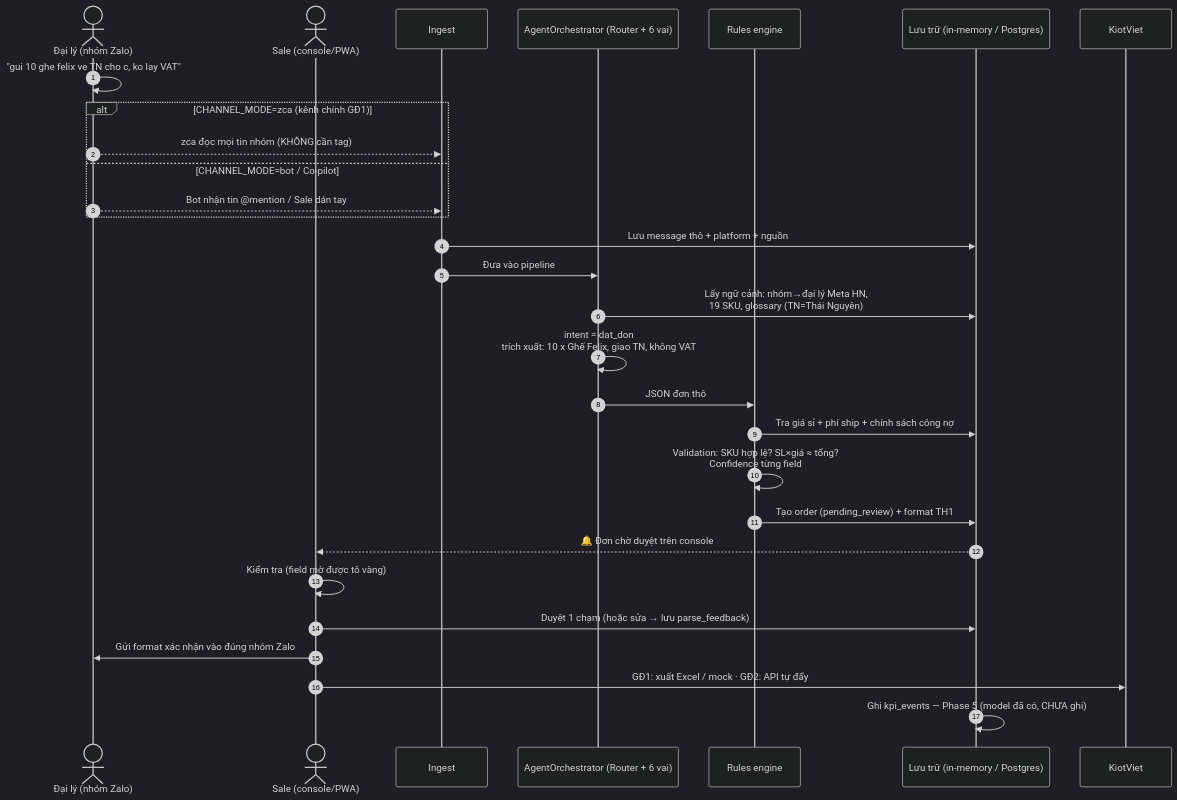
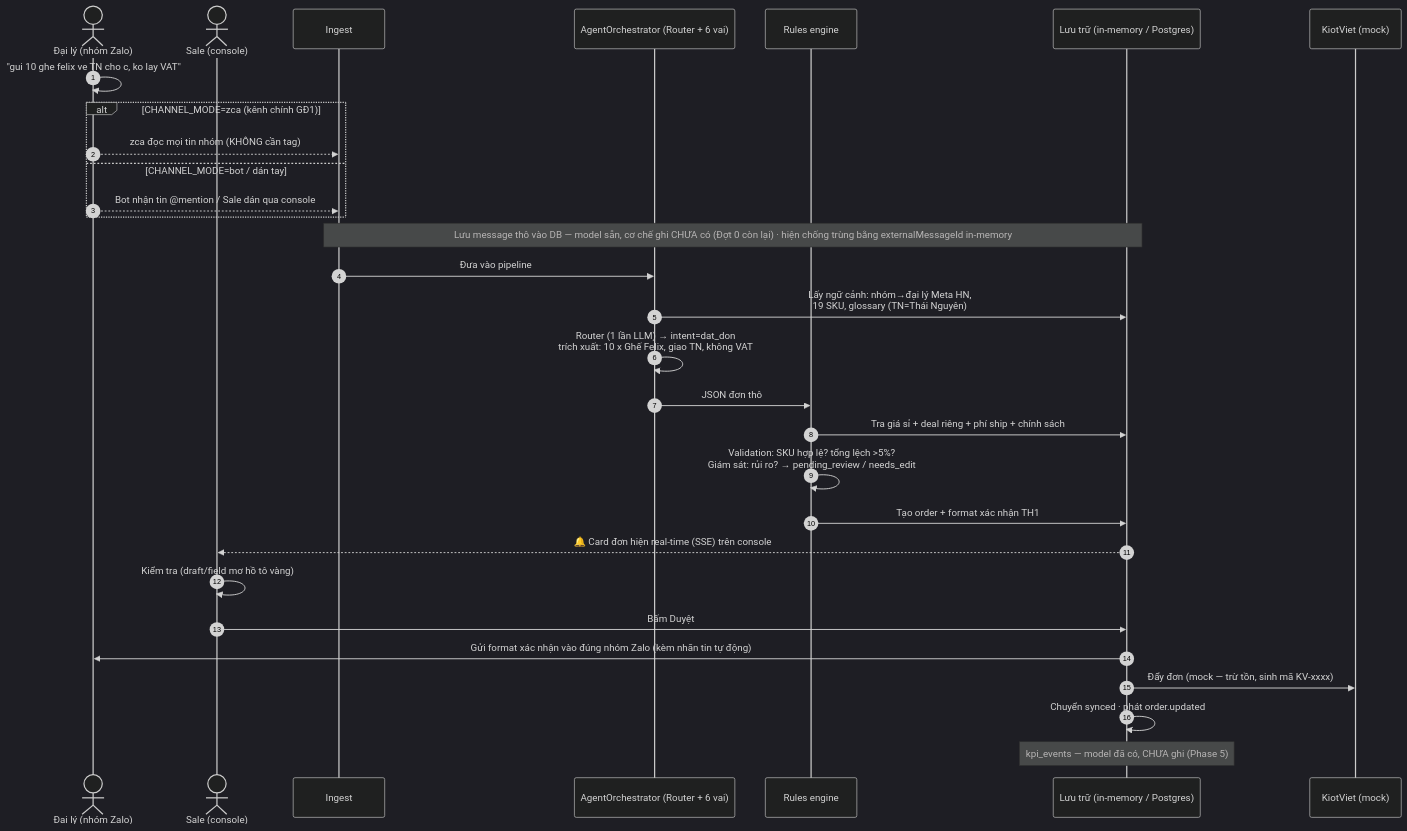
One commit to phungtienviet14-sketch/nexagnet-platform changed the fourth of 12 diagrams in docs/so-do-he-thong.md. Above: the diagram before and after it, drawn with Mermaid (dark theme). The commit also changed other lines of this file and 17 other files, not shown here.

````diff
--- a/docs/so-do-he-thong.md
+++ b/docs/so-do-he-thong.md
@@ -104,34 +190,35 @@
 ```mermaid
 sequenceDiagram
     autonumber
     actor DL as Đại lý (nhóm Zalo)
-    actor S as Sale (console/PWA)
+    actor S as Sale (console)
     participant IN as Ingest
     participant AI as AgentOrchestrator (Router + 6 vai)
     participant RU as Rules engine
     participant ST as Lưu trữ (in-memory / Postgres)
-    participant KV as KiotViet
+    participant KV as KiotViet (mock)
 
     DL->>DL: "gui 10 ghe felix ve TN cho c, ko lay VAT"
 
     alt CHANNEL_MODE=zca (kênh chính GĐ1)
         DL-->>IN: zca đọc mọi tin nhóm (KHÔNG cần tag)
-    else CHANNEL_MODE=bot / Co-pilot
-        DL-->>IN: Bot nhận tin @mention / Sale dán tay
+    else CHANNEL_MODE=bot / dán tay
+        DL-->>IN: Bot nhận tin @mention / Sale dán qua console
     end
 
-    IN->>ST: Lưu message thô + platform + nguồn
+    Note over IN,ST: Lưu message thô vào DB — model sẵn, cơ chế ghi CHƯA có (Đợt 0 còn lại) · hiện chống trùng bằng externalMessageId in-memory
     IN->>AI: Đưa vào pipeline
     AI->>ST: Lấy ngữ cảnh: nhóm→đại lý Meta HN,<br/>19 SKU, glossary (TN=Thái Nguyên)
-    AI->>AI: intent = dat_don<br/>trích xuất: 10 x Ghế Felix, giao TN, không VAT
+    AI->>AI: Router (1 lần LLM) → intent=dat_don<br/>trích xuất: 10 x Ghế Felix, giao TN, không VAT
     AI->>RU: JSON đơn thô
-    RU->>ST: Tra giá sỉ + phí ship + chính sách công nợ
-    RU->>RU: Validation: SKU hợp lệ? SL×giá ≈ tổng?<br/>Confidence từng field
-    RU->>ST: Tạo order (pending_review) + format TH1
-    ST-->>S: 🔔 Đơn chờ duyệt trên console
-    S->>S: Kiểm tra (field mờ được tô vàng)
-    S->>ST: Duyệt 1 chạm (hoặc sửa → lưu parse_feedback)
-    S->>DL: Gửi format xác nhận vào đúng nhóm Zalo
-    S->>KV: GĐ1: xuất Excel / mock · GĐ2: API tự đẩy
-    ST->>ST: Ghi kpi_events — Phase 5 (model đã có, CHƯA ghi)
+    RU->>ST: Tra giá sỉ + deal riêng + phí ship + chính sách
+    RU->>RU: Validation: SKU hợp lệ? tổng lệch >5%?<br/>Giám sát: rủi ro? → pending_review / needs_edit
+    RU->>ST: Tạo order + format xác nhận TH1
+    ST-->>S: 🔔 Card đơn hiện real-time (SSE) trên console
+    S->>S: Kiểm tra (draft/field mơ hồ tô vàng)
+    S->>ST: Bấm Duyệt
+    ST->>DL: Gửi format xác nhận vào đúng nhóm Zalo (kèm nhãn tin tự động)
+    ST->>KV: Đẩy đơn (mock — trừ tồn, sinh mã KV-xxxx)
+    ST->>ST: Chuyển synced · phát order.updated
+    Note over ST: kpi_events — model đã có, CHƯA ghi (Phase 5)
 ```
````
